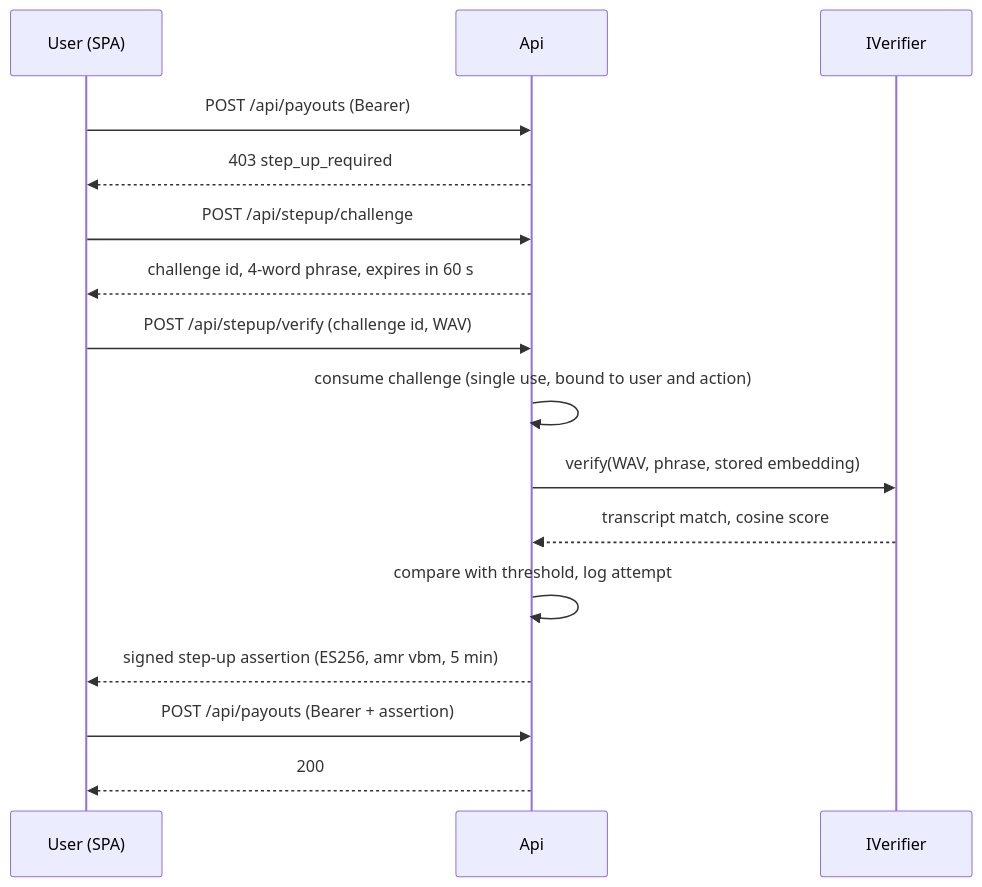
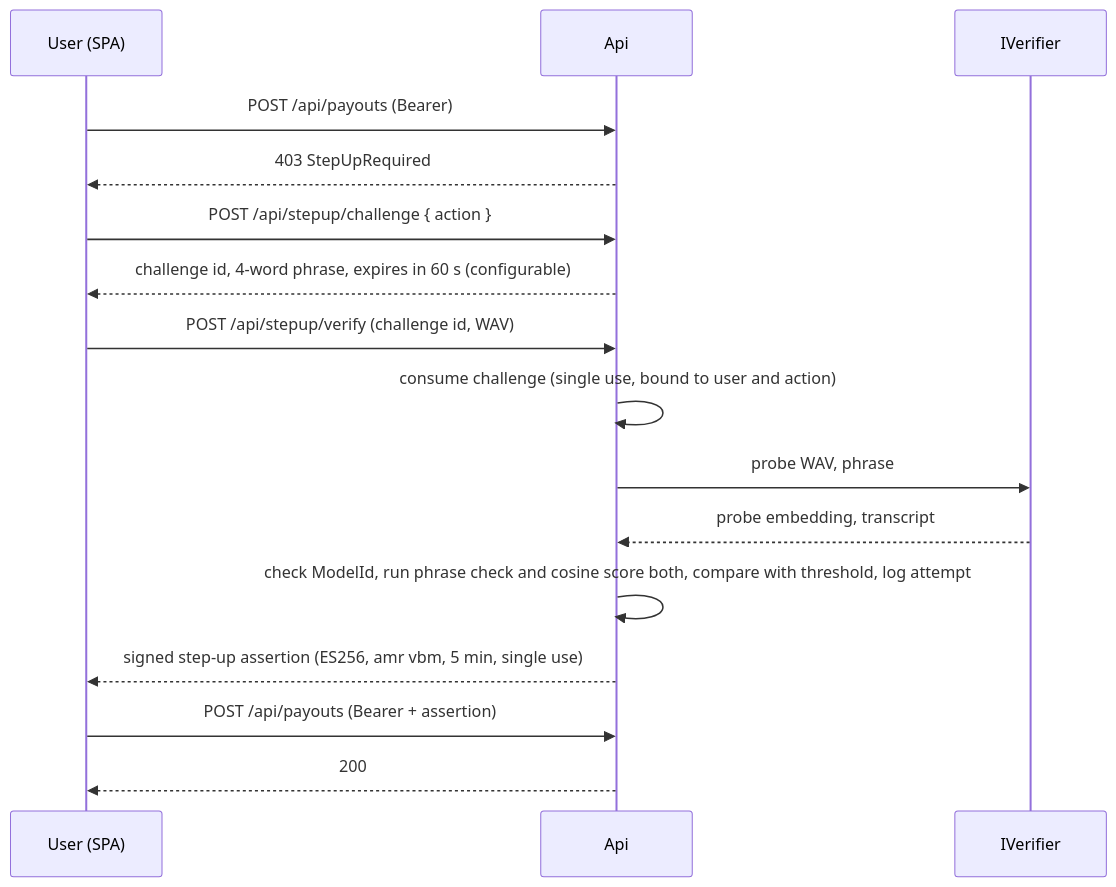
One commit to alfredorevilla/voice-step-up changed the third of 6 diagrams in docs/architecture.md. Above: the diagram before and after it, drawn with Mermaid. The commit also changed other lines of this file and 8 other files, not shown here.

Commit message:
docs: apply M1 review to architecture and ADRs, set T1.6 statuses

````diff
--- a/docs/architecture.md
+++ b/docs/architecture.md
@@ -75,18 +83,18 @@
 ```mermaid
 sequenceDiagram
   participant U as User (SPA)
   participant A as Api
   participant V as IVerifier
   U->>A: POST /api/payouts (Bearer)
-  A-->>U: 403 step_up_required
-  U->>A: POST /api/stepup/challenge
-  A-->>U: challenge id, 4-word phrase, expires in 60 s
+  A-->>U: 403 StepUpRequired
+  U->>A: POST /api/stepup/challenge { action }
+  A-->>U: challenge id, 4-word phrase, expires in 60 s (configurable)
   U->>A: POST /api/stepup/verify (challenge id, WAV)
   A->>A: consume challenge (single use, bound to user and action)
-  A->>V: verify(WAV, phrase, stored embedding)
-  V-->>A: transcript match, cosine score
-  A->>A: compare with threshold, log attempt
-  A-->>U: signed step-up assertion (ES256, amr vbm, 5 min)
+  A->>V: probe WAV, phrase
+  V-->>A: probe embedding, transcript
+  A->>A: check ModelId, run phrase check and cosine score both, compare with threshold, log attempt
+  A-->>U: signed step-up assertion (ES256, amr vbm, 5 min, single use)
   U->>A: POST /api/payouts (Bearer + assertion)
   A-->>U: 200
 ```
````
